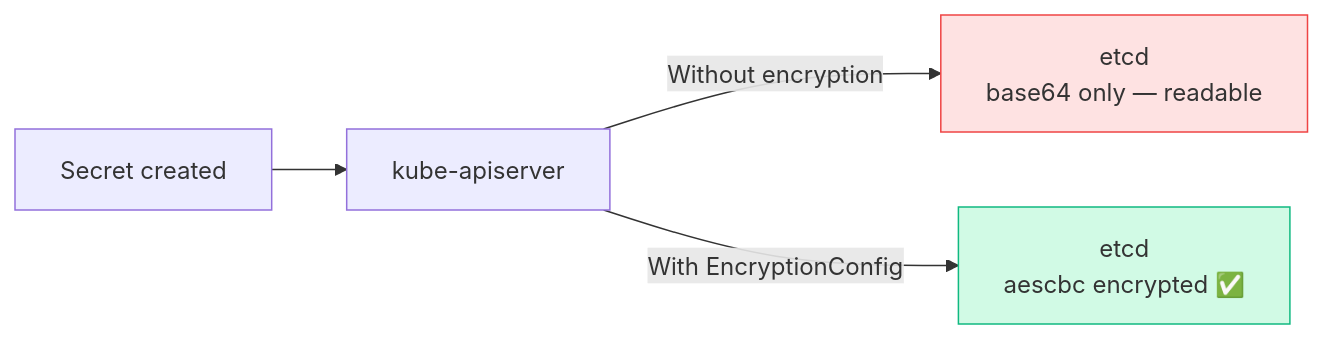
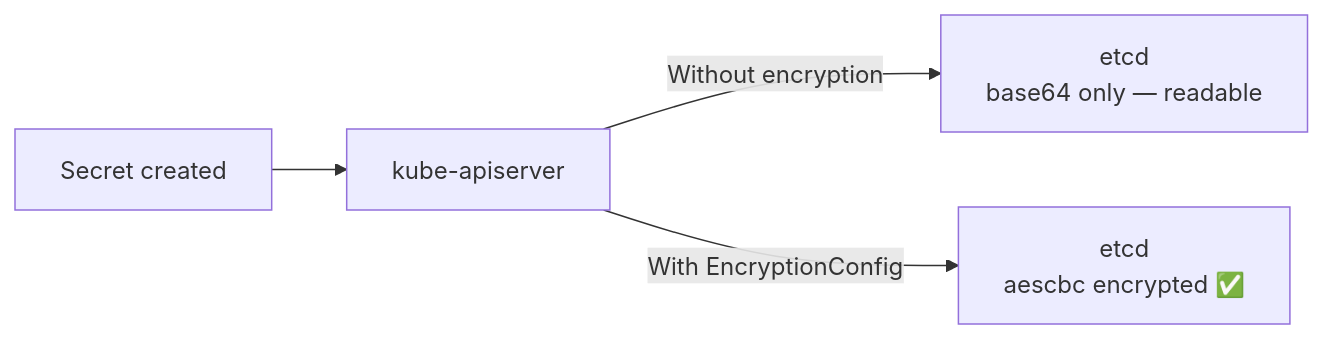
Before and after one commit to Gautam4424/k8slearn-content: the first of 2 diagrams in content/cka/09-security-rbac-tls-psa-networkpolicy/95-etcd-encryption-audit-logging/95-etcd-encryption-audit-logging.md, drawn with Mermaid. The commit also changed other lines of this file and 40 other files, not shown here.

Commit message:
chore: fix mermaid style regex

````diff
--- a/content/cka/09-security-rbac-tls-psa-networkpolicy/95-etcd-encryption-audit-logging/95-etcd-encryption-audit-logging.md
+++ b/content/cka/09-security-rbac-tls-psa-networkpolicy/95-etcd-encryption-audit-logging/95-etcd-encryption-audit-logging.md
@@ -21,8 +21,6 @@
 ```mermaid
 flowchart LR
     SEC["Secret created"] --> API["kube-apiserver"]
     API -->|Without encryption| E1["etcd\nbase64 only — readable"]
     API -->|With EncryptionConfig| E2["etcd\naescbc encrypted ✅"]
-    style E1 fill:#fee2e2,stroke:#ef4444
-    style E2 fill:#d1fae5,stroke:#10b981
 ```
````
